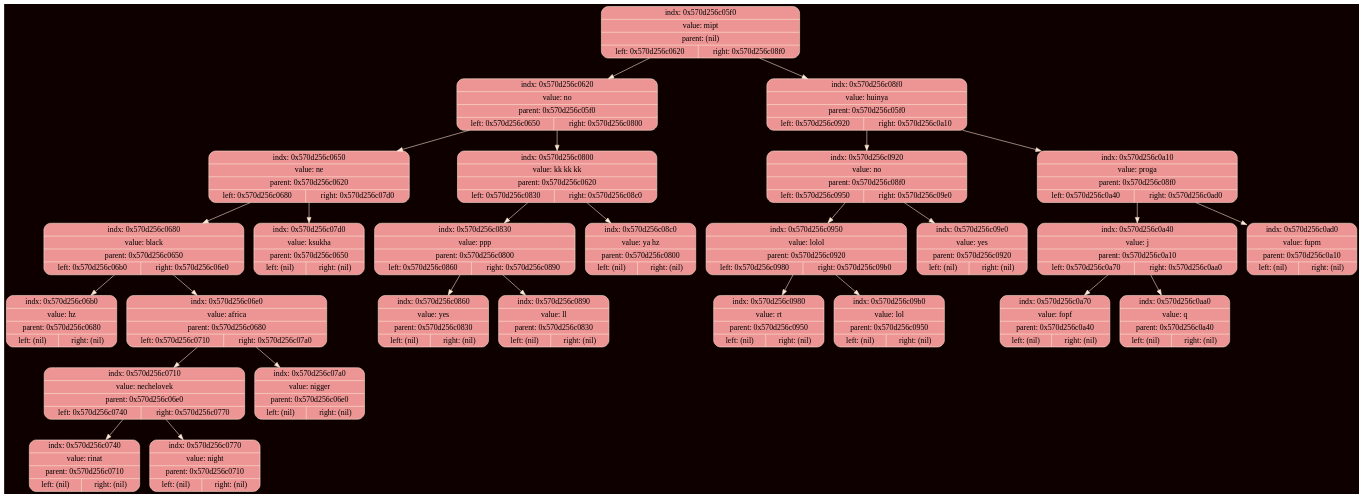
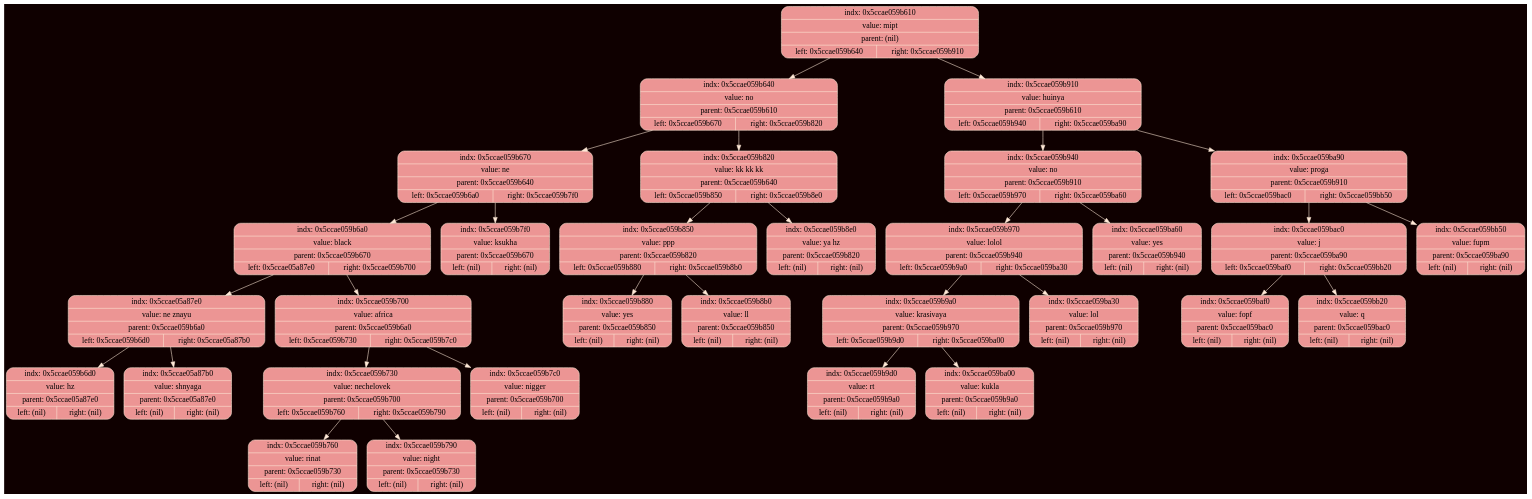
The diagram in debug/tree.dot (ksshkh/akinator), drawn with Graphviz before and after one commit. The commit also changed 7 other files, not shown here.

```diff
--- a/debug/tree.dot
+++ b/debug/tree.dot
@@ -3,57 +3,65 @@
 	node [shape = record];
 	edge [color = "#FEE8D6"];
 	bgcolor = "#0F0000";
-	node0x570d256c05f0 [color = "#FEE8D6", shape = Mrecord, style = filled, fillcolor = "#EC9594", label = "{indx: 0x570d256c05f0 | value: mipt | parent: (nil) | { left: 0x570d256c0620 | right: 0x570d256c08f0}}"];
-		node0x570d256c05f0 -> node0x570d256c0620
-	node0x570d256c0620 [color = "#FEE8D6", shape = Mrecord, style = filled, fillcolor = "#EC9594", label = "{indx: 0x570d256c0620 | value: no | parent: 0x570d256c05f0 | { left: 0x570d256c0650 | right: 0x570d256c0800}}"];
-		node0x570d256c0620 -> node0x570d256c0650
-	node0x570d256c0650 [color = "#FEE8D6", shape = Mrecord, style = filled, fillcolor = "#EC9594", label = "{indx: 0x570d256c0650 | value: ne | parent: 0x570d256c0620 | { left: 0x570d256c0680 | right: 0x570d256c07d0}}"];
-		node0x570d256c0650 -> node0x570d256c0680
-	node0x570d256c0680 [color = "#FEE8D6", shape = Mrecord, style = filled, fillcolor = "#EC9594", label = "{indx: 0x570d256c0680 | value: black | parent: 0x570d256c0650 | { left: 0x570d256c06b0 | right: 0x570d256c06e0}}"];
-		node0x570d256c0680 -> node0x570d256c06b0
-	node0x570d256c06b0 [color = "#FEE8D6", shape = Mrecord, style = filled, fillcolor = "#EC9594", label = "{indx: 0x570d256c06b0 | value: hz | parent: 0x570d256c0680 | { left: (nil) | right: (nil)}}"];
-		node0x570d256c0680 -> node0x570d256c06e0
-	node0x570d256c06e0 [color = "#FEE8D6", shape = Mrecord, style = filled, fillcolor = "#EC9594", label = "{indx: 0x570d256c06e0 | value: africa | parent: 0x570d256c0680 | { left: 0x570d256c0710 | right: 0x570d256c07a0}}"];
-		node0x570d256c06e0 -> node0x570d256c0710
-	node0x570d256c0710 [color = "#FEE8D6", shape = Mrecord, style = filled, fillcolor = "#EC9594", label = "{indx: 0x570d256c0710 | value: nechelovek | parent: 0x570d256c06e0 | { left: 0x570d256c0740 | right: 0x570d256c0770}}"];
-		node0x570d256c0710 -> node0x570d256c0740
-	node0x570d256c0740 [color = "#FEE8D6", shape = Mrecord, style = filled, fillcolor = "#EC9594", label = "{indx: 0x570d256c0740 | value: rinat | parent: 0x570d256c0710 | { left: (nil) | right: (nil)}}"];
-		node0x570d256c0710 -> node0x570d256c0770
-	node0x570d256c0770 [color = "#FEE8D6", shape = Mrecord, style = filled, fillcolor = "#EC9594", label = "{indx: 0x570d256c0770 | value: night | parent: 0x570d256c0710 | { left: (nil) | right: (nil)}}"];
-		node0x570d256c06e0 -> node0x570d256c07a0
-	node0x570d256c07a0 [color = "#FEE8D6", shape = Mrecord, style = filled, fillcolor = "#EC9594", label = "{indx: 0x570d256c07a0 | value: nigger | parent: 0x570d256c06e0 | { left: (nil) | right: (nil)}}"];
-		node0x570d256c0650 -> node0x570d256c07d0
-	node0x570d256c07d0 [color = "#FEE8D6", shape = Mrecord, style = filled, fillcolor = "#EC9594", label = "{indx: 0x570d256c07d0 | value: ksukha | parent: 0x570d256c0650 | { left: (nil) | right: (nil)}}"];
-		node0x570d256c0620 -> node0x570d256c0800
-	node0x570d256c0800 [color = "#FEE8D6", shape = Mrecord, style = filled, fillcolor = "#EC9594", label = "{indx: 0x570d256c0800 | value: kk kk kk | parent: 0x570d256c0620 | { left: 0x570d256c0830 | right: 0x570d256c08c0}}"];
-		node0x570d256c0800 -> node0x570d256c0830
-	node0x570d256c0830 [color = "#FEE8D6", shape = Mrecord, style = filled, fillcolor = "#EC9594", label = "{indx: 0x570d256c0830 | value: ppp | parent: 0x570d256c0800 | { left: 0x570d256c0860 | right: 0x570d256c0890}}"];
-		node0x570d256c0830 -> node0x570d256c0860
-	node0x570d256c0860 [color = "#FEE8D6", shape = Mrecord, style = filled, fillcolor = "#EC9594", label = "{indx: 0x570d256c0860 | value: yes | parent: 0x570d256c0830 | { left: (nil) | right: (nil)}}"];
-		node0x570d256c0830 -> node0x570d256c0890
-	node0x570d256c0890 [color = "#FEE8D6", shape = Mrecord, style = filled, fillcolor = "#EC9594", label = "{indx: 0x570d256c0890 | value: ll | parent: 0x570d256c0830 | { left: (nil) | right: (nil)}}"];
-		node0x570d256c0800 -> node0x570d256c08c0
-	node0x570d256c08c0 [color = "#FEE8D6", shape = Mrecord, style = filled, fillcolor = "#EC9594", label = "{indx: 0x570d256c08c0 | value: ya hz | parent: 0x570d256c0800 | { left: (nil) | right: (nil)}}"];
-		node0x570d256c05f0 -> node0x570d256c08f0
-	node0x570d256c08f0 [color = "#FEE8D6", shape = Mrecord, style = filled, fillcolor = "#EC9594", label = "{indx: 0x570d256c08f0 | value: huinya | parent: 0x570d256c05f0 | { left: 0x570d256c0920 | right: 0x570d256c0a10}}"];
-		node0x570d256c08f0 -> node0x570d256c0920
-	node0x570d256c0920 [color = "#FEE8D6", shape = Mrecord, style = filled, fillcolor = "#EC9594", label = "{indx: 0x570d256c0920 | value: no | parent: 0x570d256c08f0 | { left: 0x570d256c0950 | right: 0x570d256c09e0}}"];
-		node0x570d256c0920 -> node0x570d256c0950
-	node0x570d256c0950 [color = "#FEE8D6", shape = Mrecord, style = filled, fillcolor = "#EC9594", label = "{indx: 0x570d256c0950 | value: lolol | parent: 0x570d256c0920 | { left: 0x570d256c0980 | right: 0x570d256c09b0}}"];
-		node0x570d256c0950 -> node0x570d256c0980
-	node0x570d256c0980 [color = "#FEE8D6", shape = Mrecord, style = filled, fillcolor = "#EC9594", label = "{indx: 0x570d256c0980 | value: rt | parent: 0x570d256c0950 | { left: (nil) | right: (nil)}}"];
-		node0x570d256c0950 -> node0x570d256c09b0
-	node0x570d256c09b0 [color = "#FEE8D6", shape = Mrecord, style = filled, fillcolor = "#EC9594", label = "{indx: 0x570d256c09b0 | value: lol | parent: 0x570d256c0950 | { left: (nil) | right: (nil)}}"];
-		node0x570d256c0920 -> node0x570d256c09e0
-	node0x570d256c09e0 [color = "#FEE8D6", shape = Mrecord, style = filled, fillcolor = "#EC9594", label = "{indx: 0x570d256c09e0 | value: yes | parent: 0x570d256c0920 | { left: (nil) | right: (nil)}}"];
-		node0x570d256c08f0 -> node0x570d256c0a10
-	node0x570d256c0a10 [color = "#FEE8D6", shape = Mrecord, style = filled, fillcolor = "#EC9594", label = "{indx: 0x570d256c0a10 | value: proga | parent: 0x570d256c08f0 | { left: 0x570d256c0a40 | right: 0x570d256c0ad0}}"];
-		node0x570d256c0a10 -> node0x570d256c0a40
-	node0x570d256c0a40 [color = "#FEE8D6", shape = Mrecord, style = filled, fillcolor = "#EC9594", label = "{indx: 0x570d256c0a40 | value: j | parent: 0x570d256c0a10 | { left: 0x570d256c0a70 | right: 0x570d256c0aa0}}"];
-		node0x570d256c0a40 -> node0x570d256c0a70
-	node0x570d256c0a70 [color = "#FEE8D6", shape = Mrecord, style = filled, fillcolor = "#EC9594", label = "{indx: 0x570d256c0a70 | value: fopf | parent: 0x570d256c0a40 | { left: (nil) | right: (nil)}}"];
-		node0x570d256c0a40 -> node0x570d256c0aa0
-	node0x570d256c0aa0 [color = "#FEE8D6", shape = Mrecord, style = filled, fillcolor = "#EC9594", label = "{indx: 0x570d256c0aa0 | value: q | parent: 0x570d256c0a40 | { left: (nil) | right: (nil)}}"];
-		node0x570d256c0a10 -> node0x570d256c0ad0
-	node0x570d256c0ad0 [color = "#FEE8D6", shape = Mrecord, style = filled, fillcolor = "#EC9594", label = "{indx: 0x570d256c0ad0 | value: fupm | parent: 0x570d256c0a10 | { left: (nil) | right: (nil)}}"];
+	node0x5ccae059b610 [color = "#FEE8D6", shape = Mrecord, style = filled, fillcolor = "#EC9594", label = "{indx: 0x5ccae059b610 | value: mipt | parent: (nil) | { left: 0x5ccae059b640 | right: 0x5ccae059b910}}"];
+		node0x5ccae059b610 -> node0x5ccae059b640
+	node0x5ccae059b640 [color = "#FEE8D6", shape = Mrecord, style = filled, fillcolor = "#EC9594", label = "{indx: 0x5ccae059b640 | value: no | parent: 0x5ccae059b610 | { left: 0x5ccae059b670 | right: 0x5ccae059b820}}"];
+		node0x5ccae059b640 -> node0x5ccae059b670
+	node0x5ccae059b670 [color = "#FEE8D6", shape = Mrecord, style = filled, fillcolor = "#EC9594", label = "{indx: 0x5ccae059b670 | value: ne | parent: 0x5ccae059b640 | { left: 0x5ccae059b6a0 | right: 0x5ccae059b7f0}}"];
+		node0x5ccae059b670 -> node0x5ccae059b6a0
+	node0x5ccae059b6a0 [color = "#FEE8D6", shape = Mrecord, style = filled, fillcolor = "#EC9594", label = "{indx: 0x5ccae059b6a0 | value: black | parent: 0x5ccae059b670 | { left: 0x5ccae05a87e0 | right: 0x5ccae059b700}}"];
+		node0x5ccae059b6a0 -> node0x5ccae05a87e0
+	node0x5ccae05a87e0 [color = "#FEE8D6", shape = Mrecord, style = filled, fillcolor = "#EC9594", label = "{indx: 0x5ccae05a87e0 | value: ne znayu | parent: 0x5ccae059b6a0 | { left: 0x5ccae059b6d0 | right: 0x5ccae05a87b0}}"];
+		node0x5ccae05a87e0 -> node0x5ccae059b6d0
+	node0x5ccae059b6d0 [color = "#FEE8D6", shape = Mrecord, style = filled, fillcolor = "#EC9594", label = "{indx: 0x5ccae059b6d0 | value: hz | parent: 0x5ccae05a87e0 | { left: (nil) | right: (nil)}}"];
+		node0x5ccae05a87e0 -> node0x5ccae05a87b0
+	node0x5ccae05a87b0 [color = "#FEE8D6", shape = Mrecord, style = filled, fillcolor = "#EC9594", label = "{indx: 0x5ccae05a87b0 | value: shnyaga | parent: 0x5ccae05a87e0 | { left: (nil) | right: (nil)}}"];
+		node0x5ccae059b6a0 -> node0x5ccae059b700
+	node0x5ccae059b700 [color = "#FEE8D6", shape = Mrecord, style = filled, fillcolor = "#EC9594", label = "{indx: 0x5ccae059b700 | value: africa | parent: 0x5ccae059b6a0 | { left: 0x5ccae059b730 | right: 0x5ccae059b7c0}}"];
+		node0x5ccae059b700 -> node0x5ccae059b730
+	node0x5ccae059b730 [color = "#FEE8D6", shape = Mrecord, style = filled, fillcolor = "#EC9594", label = "{indx: 0x5ccae059b730 | value: nechelovek | parent: 0x5ccae059b700 | { left: 0x5ccae059b760 | right: 0x5ccae059b790}}"];
+		node0x5ccae059b730 -> node0x5ccae059b760
+	node0x5ccae059b760 [color = "#FEE8D6", shape = Mrecord, style = filled, fillcolor = "#EC9594", label = "{indx: 0x5ccae059b760 | value: rinat | parent: 0x5ccae059b730 | { left: (nil) | right: (nil)}}"];
+		node0x5ccae059b730 -> node0x5ccae059b790
+	node0x5ccae059b790 [color = "#FEE8D6", shape = Mrecord, style = filled, fillcolor = "#EC9594", label = "{indx: 0x5ccae059b790 | value: night | parent: 0x5ccae059b730 | { left: (nil) | right: (nil)}}"];
+		node0x5ccae059b700 -> node0x5ccae059b7c0
+	node0x5ccae059b7c0 [color = "#FEE8D6", shape = Mrecord, style = filled, fillcolor = "#EC9594", label = "{indx: 0x5ccae059b7c0 | value: nigger | parent: 0x5ccae059b700 | { left: (nil) | right: (nil)}}"];
+		node0x5ccae059b670 -> node0x5ccae059b7f0
+	node0x5ccae059b7f0 [color = "#FEE8D6", shape = Mrecord, style = filled, fillcolor = "#EC9594", label = "{indx: 0x5ccae059b7f0 | value: ksukha | parent: 0x5ccae059b670 | { left: (nil) | right: (nil)}}"];
+		node0x5ccae059b640 -> node0x5ccae059b820
+	node0x5ccae059b820 [color = "#FEE8D6", shape = Mrecord, style = filled, fillcolor = "#EC9594", label = "{indx: 0x5ccae059b820 | value: kk kk kk | parent: 0x5ccae059b640 | { left: 0x5ccae059b850 | right: 0x5ccae059b8e0}}"];
+		node0x5ccae059b820 -> node0x5ccae059b850
+	node0x5ccae059b850 [color = "#FEE8D6", shape = Mrecord, style = filled, fillcolor = "#EC9594", label = "{indx: 0x5ccae059b850 | value: ppp | parent: 0x5ccae059b820 | { left: 0x5ccae059b880 | right: 0x5ccae059b8b0}}"];
+		node0x5ccae059b850 -> node0x5ccae059b880
+	node0x5ccae059b880 [color = "#FEE8D6", shape = Mrecord, style = filled, fillcolor = "#EC9594", label = "{indx: 0x5ccae059b880 | value: yes | parent: 0x5ccae059b850 | { left: (nil) | right: (nil)}}"];
+		node0x5ccae059b850 -> node0x5ccae059b8b0
+	node0x5ccae059b8b0 [color = "#FEE8D6", shape = Mrecord, style = filled, fillcolor = "#EC9594", label = "{indx: 0x5ccae059b8b0 | value: ll | parent: 0x5ccae059b850 | { left: (nil) | right: (nil)}}"];
+		node0x5ccae059b820 -> node0x5ccae059b8e0
+	node0x5ccae059b8e0 [color = "#FEE8D6", shape = Mrecord, style = filled, fillcolor = "#EC9594", label = "{indx: 0x5ccae059b8e0 | value: ya hz | parent: 0x5ccae059b820 | { left: (nil) | right: (nil)}}"];
+		node0x5ccae059b610 -> node0x5ccae059b910
+	node0x5ccae059b910 [color = "#FEE8D6", shape = Mrecord, style = filled, fillcolor = "#EC9594", label = "{indx: 0x5ccae059b910 | value: huinya | parent: 0x5ccae059b610 | { left: 0x5ccae059b940 | right: 0x5ccae059ba90}}"];
+		node0x5ccae059b910 -> node0x5ccae059b940
+	node0x5ccae059b940 [color = "#FEE8D6", shape = Mrecord, style = filled, fillcolor = "#EC9594", label = "{indx: 0x5ccae059b940 | value: no | parent: 0x5ccae059b910 | { left: 0x5ccae059b970 | right: 0x5ccae059ba60}}"];
+		node0x5ccae059b940 -> node0x5ccae059b970
+	node0x5ccae059b970 [color = "#FEE8D6", shape = Mrecord, style = filled, fillcolor = "#EC9594", label = "{indx: 0x5ccae059b970 | value: lolol | parent: 0x5ccae059b940 | { left: 0x5ccae059b9a0 | right: 0x5ccae059ba30}}"];
+		node0x5ccae059b970 -> node0x5ccae059b9a0
+	node0x5ccae059b9a0 [color = "#FEE8D6", shape = Mrecord, style = filled, fillcolor = "#EC9594", label = "{indx: 0x5ccae059b9a0 | value: krasivaya | parent: 0x5ccae059b970 | { left: 0x5ccae059b9d0 | right: 0x5ccae059ba00}}"];
+		node0x5ccae059b9a0 -> node0x5ccae059b9d0
+	node0x5ccae059b9d0 [color = "#FEE8D6", shape = Mrecord, style = filled, fillcolor = "#EC9594", label = "{indx: 0x5ccae059b9d0 | value: rt | parent: 0x5ccae059b9a0 | { left: (nil) | right: (nil)}}"];
+		node0x5ccae059b9a0 -> node0x5ccae059ba00
+	node0x5ccae059ba00 [color = "#FEE8D6", shape = Mrecord, style = filled, fillcolor = "#EC9594", label = "{indx: 0x5ccae059ba00 | value: kukla | parent: 0x5ccae059b9a0 | { left: (nil) | right: (nil)}}"];
+		node0x5ccae059b970 -> node0x5ccae059ba30
+	node0x5ccae059ba30 [color = "#FEE8D6", shape = Mrecord, style = filled, fillcolor = "#EC9594", label = "{indx: 0x5ccae059ba30 | value: lol | parent: 0x5ccae059b970 | { left: (nil) | right: (nil)}}"];
+		node0x5ccae059b940 -> node0x5ccae059ba60
+	node0x5ccae059ba60 [color = "#FEE8D6", shape = Mrecord, style = filled, fillcolor = "#EC9594", label = "{indx: 0x5ccae059ba60 | value: yes | parent: 0x5ccae059b940 | { left: (nil) | right: (nil)}}"];
+		node0x5ccae059b910 -> node0x5ccae059ba90
+	node0x5ccae059ba90 [color = "#FEE8D6", shape = Mrecord, style = filled, fillcolor = "#EC9594", label = "{indx: 0x5ccae059ba90 | value: proga | parent: 0x5ccae059b910 | { left: 0x5ccae059bac0 | right: 0x5ccae059bb50}}"];
+		node0x5ccae059ba90 -> node0x5ccae059bac0
+	node0x5ccae059bac0 [color = "#FEE8D6", shape = Mrecord, style = filled, fillcolor = "#EC9594", label = "{indx: 0x5ccae059bac0 | value: j | parent: 0x5ccae059ba90 | { left: 0x5ccae059baf0 | right: 0x5ccae059bb20}}"];
+		node0x5ccae059bac0 -> node0x5ccae059baf0
+	node0x5ccae059baf0 [color = "#FEE8D6", shape = Mrecord, style = filled, fillcolor = "#EC9594", label = "{indx: 0x5ccae059baf0 | value: fopf | parent: 0x5ccae059bac0 | { left: (nil) | right: (nil)}}"];
+		node0x5ccae059bac0 -> node0x5ccae059bb20
+	node0x5ccae059bb20 [color = "#FEE8D6", shape = Mrecord, style = filled, fillcolor = "#EC9594", label = "{indx: 0x5ccae059bb20 | value: q | parent: 0x5ccae059bac0 | { left: (nil) | right: (nil)}}"];
+		node0x5ccae059ba90 -> node0x5ccae059bb50
+	node0x5ccae059bb50 [color = "#FEE8D6", shape = Mrecord, style = filled, fillcolor = "#EC9594", label = "{indx: 0x5ccae059bb50 | value: fupm | parent: 0x5ccae059ba90 | { left: (nil) | right: (nil)}}"];
 }
```
